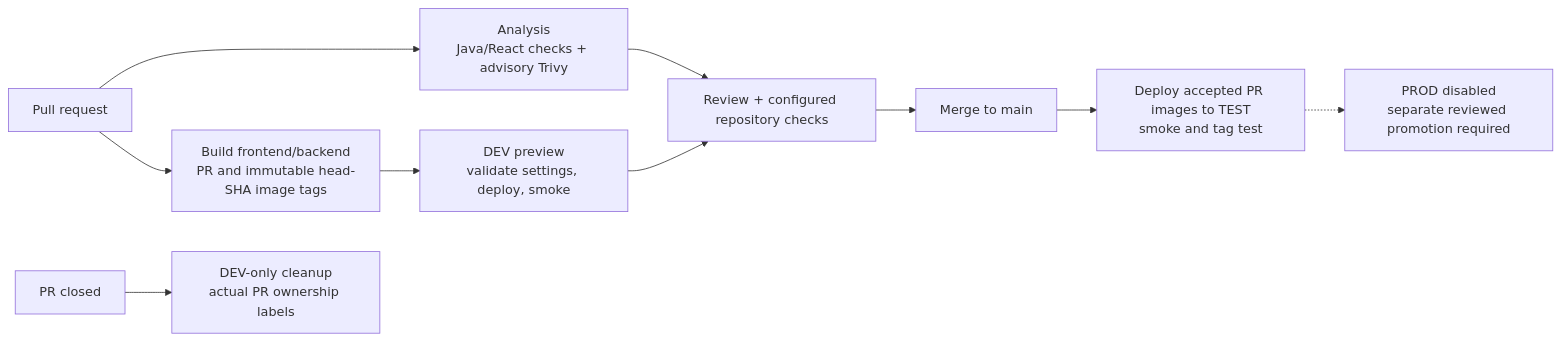
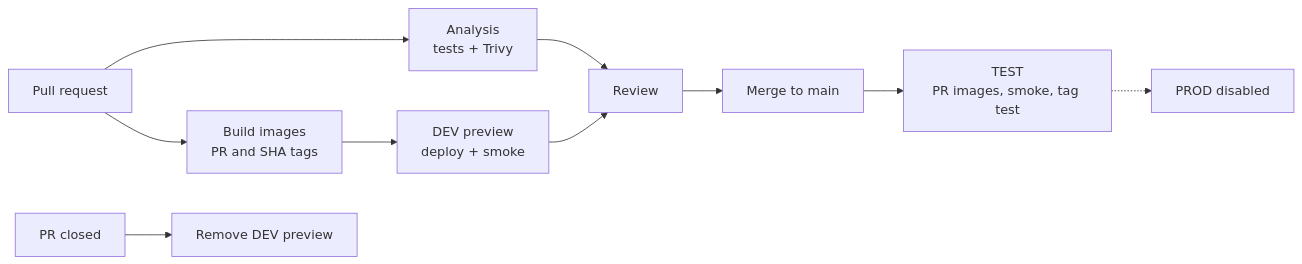
One commit to bcgov/nr-taps changed the fourth of 4 diagrams in docs/architecture.md. Above: the diagram before and after it, drawn with Mermaid. The commit also changed other lines of this file and 195 other files, not shown here.

````diff
--- a/docs/architecture.md
+++ b/docs/architecture.md
@@ -113,12 +103,12 @@
 ```mermaid
 flowchart LR
-    PR["Pull request"] --> Quality["Analysis<br/>Java/React checks + advisory Trivy"]
-    PR --> Build["Build frontend/backend<br/>PR and immutable head-SHA image tags"]
-    Build --> DEV["DEV preview<br/>validate settings, deploy, smoke"]
-    DEV --> Review["Review + configured repository checks"]
+    PR["Pull request"] --> Quality["Analysis<br/>tests + Trivy"]
+    PR --> Build["Build images<br/>PR and SHA tags"]
+    Build --> DEV["DEV preview<br/>deploy + smoke"]
+    DEV --> Review["Review"]
     Quality --> Review
     Review --> Merge["Merge to main"]
-    Merge --> TEST["Deploy accepted PR images to TEST<br/>smoke and tag test"]
-    Close["PR closed"] --> Cleanup["DEV-only cleanup<br/>actual PR ownership labels"]
-    TEST -.-> PROD["PROD disabled<br/>separate reviewed promotion required"]
+    Merge --> TEST["TEST<br/>PR images, smoke, tag test"]
+    Close["PR closed"] --> Cleanup["Remove DEV preview"]
+    TEST -.-> PROD["PROD disabled"]
 ```
````
